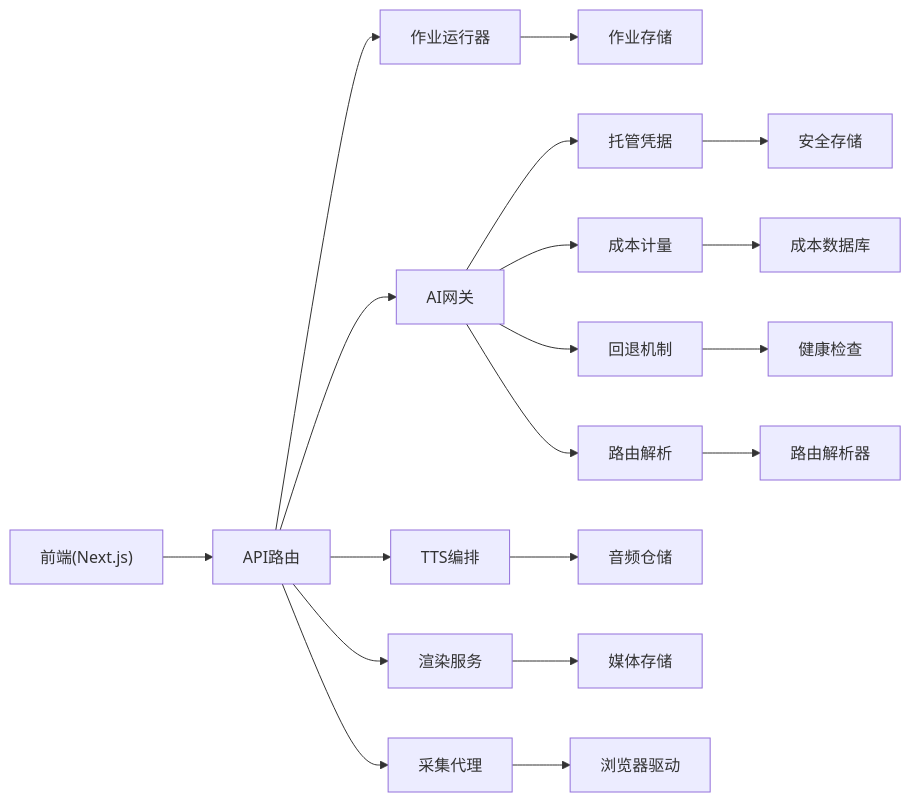
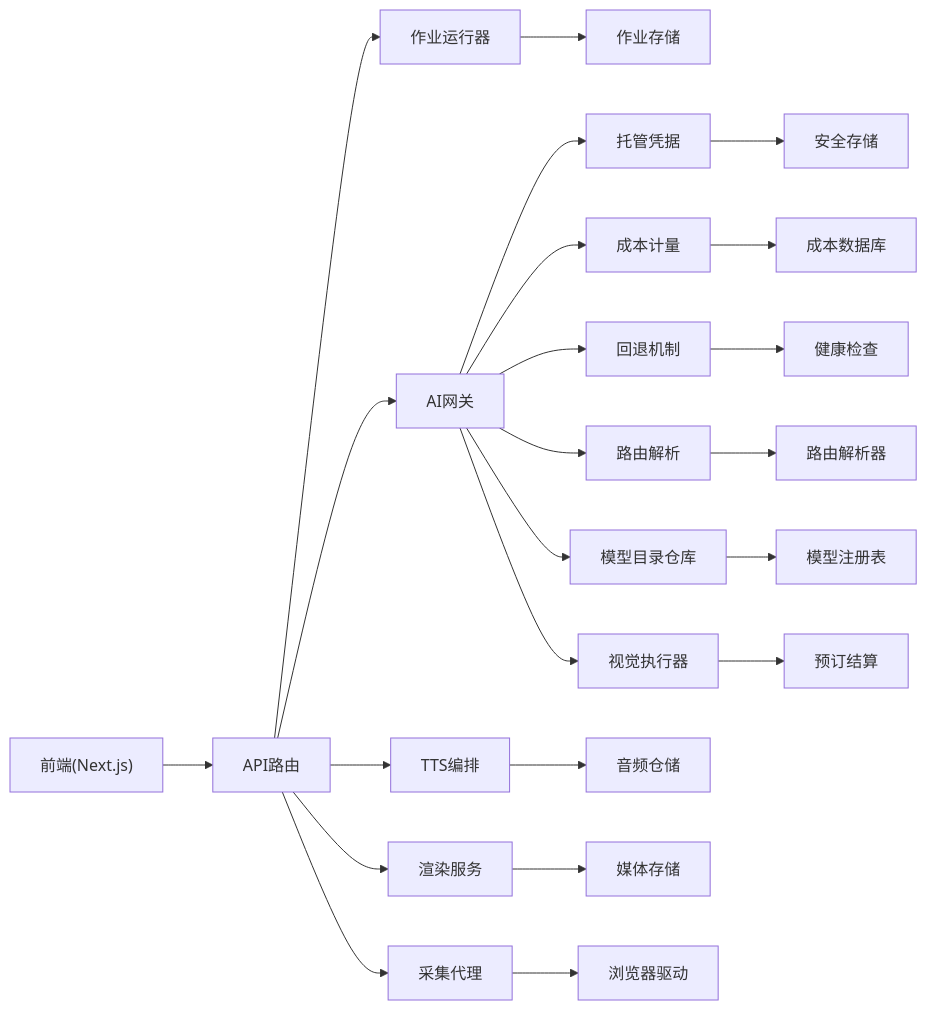
Diagram 15 of 15 in .qoder/repowiki/zh/content/AI系统集成/AI托管服务架构.md (scottcwy/PurpleInk), drawn with Mermaid before and after one commit. The commit also changed other lines of this file and 48 other files, not shown here.

````diff
--- a/.qoder/repowiki/zh/content/AI系统集成/AI托管服务架构.md
+++ b/.qoder/repowiki/zh/content/AI系统集成/AI托管服务架构.md
@@ -630,21 +750,25 @@
 ```mermaid
 graph LR
 FE["前端(Next.js)"] --> API["API路由"]
 API --> JR["作业运行器"]
 API --> AI["AI网关"]
 API --> TTS["TTS编排"]
 API --> RND["渲染服务"]
 API --> CAP["采集代理"]
 JR --> STORE["作业存储"]
 AI --> CRED["托管凭据"]
 AI --> METER["成本计量"]
 AI --> FALLBACK["回退机制"]
 AI --> ROUTE["路由解析"]
+AI --> CATALOG["模型目录仓库"]
+AI --> VISION["视觉执行器"]
 TTS --> AUDIO["音频仓储"]
 RND --> MEDIA["媒体存储"]
 CAP --> BROWSER["浏览器驱动"]
 CRED --> SECURE["安全存储"]
 METER --> COSTDB["成本数据库"]
 FALLBACK --> HEALTH["健康检查"]
 ROUTE --> RESOLVER["路由解析器"]
+CATALOG --> REGISTRY["模型注册表"]
+VISION --> SETTLEMENT["预订结算"]
 ```
````
